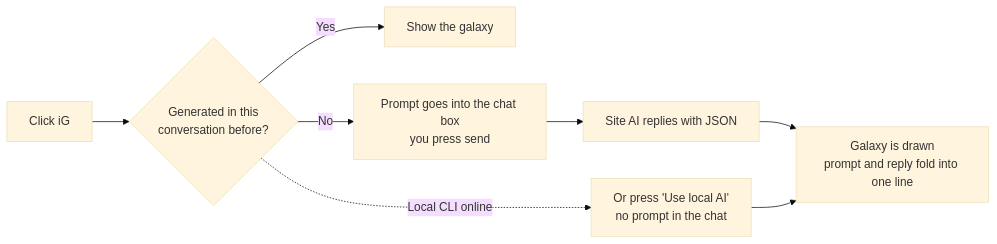
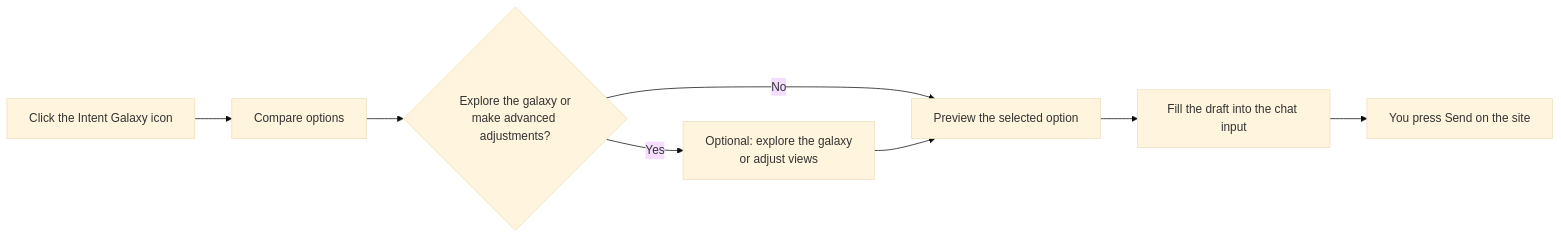
One commit to stephen-taipei/intent-galaxy changed the fourth of 4 diagrams in README.md. Above: the diagram before and after it, drawn with Mermaid (base theme). The commit also changed other lines of this file and 157 other files, not shown here.

First line of the commit message:
Extension V2: compare, galaxy and preview steps sharing one decision session

````diff
--- a/README.md
+++ b/README.md
@@ -235,10 +237,10 @@
 ```mermaid
 flowchart LR
-    A["Click iG"] --> B{"Generated in this<br/>conversation before?"}
-    B -- Yes --> C["Show the galaxy"]
-    B -- No --> D["Prompt goes into the chat box<br/>you press send"]
-    D --> E["Site AI replies with JSON"]
-    E --> F["Galaxy is drawn<br/>prompt and reply fold into one line"]
-    B -. Local CLI online .-> G["Or press 'Use local AI'<br/>no prompt in the chat"]
-    G --> F
+    A["Click the Intent Galaxy icon"] --> B["Compare options"]
+    B --> C{"Explore the galaxy or<br/>make advanced adjustments?"}
+    C -- Yes --> D["Optional: explore the galaxy<br/>or adjust views"]
+    C -- No --> E["Preview the selected option"]
+    D --> E
+    E --> F["Fill the draft into the chat input"]
+    F --> G["You press Send on the site"]
 ```
````
